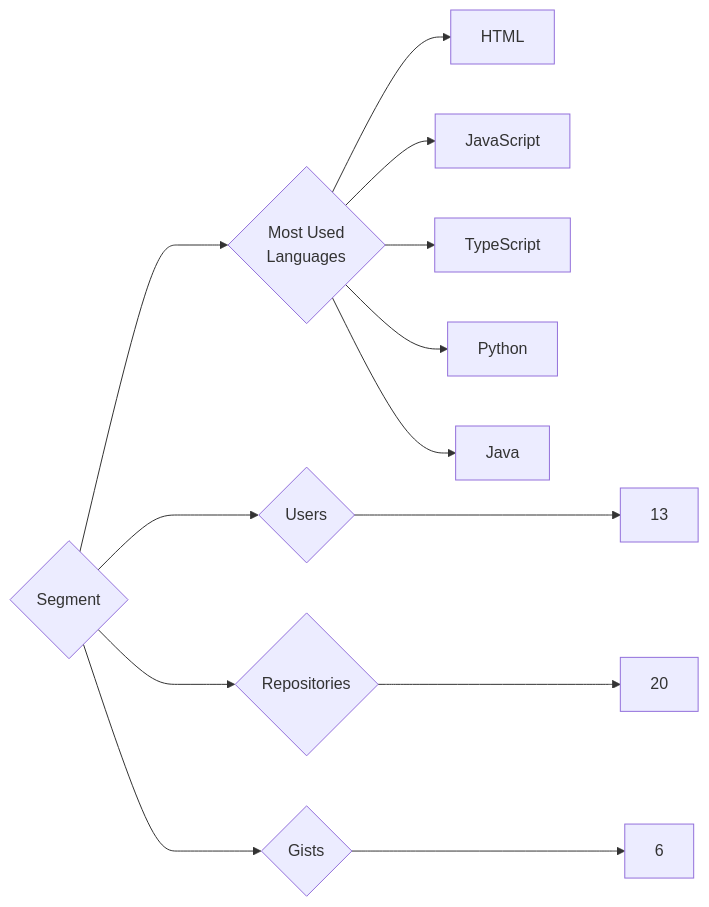
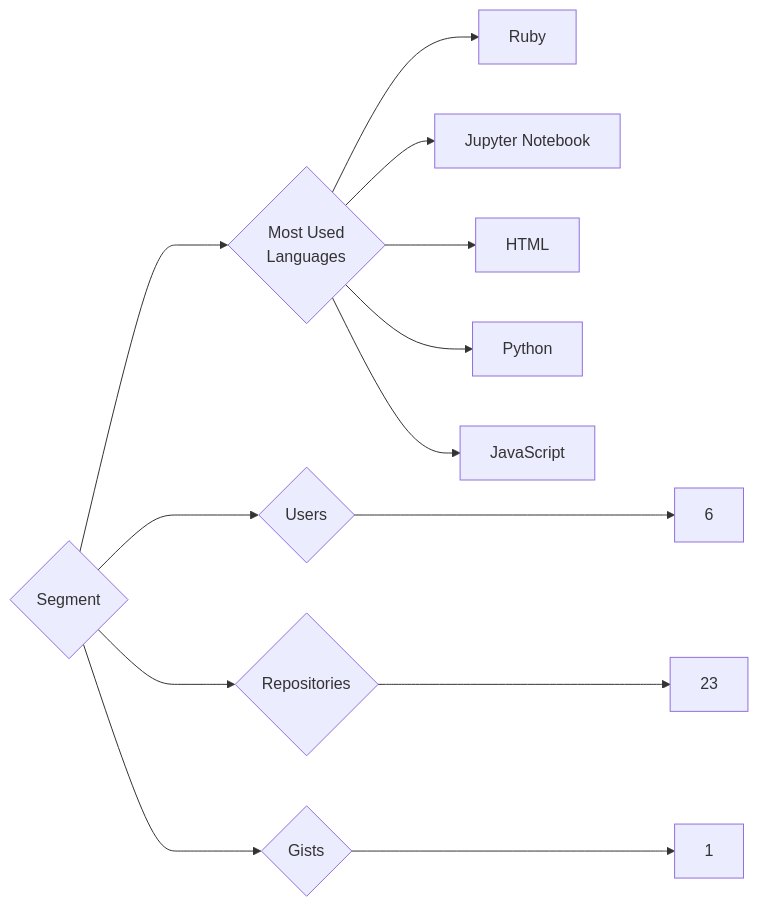
One commit to trickest/insiders changed the diagram in targets/Segment/README.md. Above: the diagram before and after it, drawn with Mermaid. The commit also changed 1011 other files, not shown here.

````diff
--- a/targets/Segment/README.md
+++ b/targets/Segment/README.md
@@ -3,13 +3,13 @@
 ```mermaid
 graph LR
 COMPANY_NAME{Segment}
-COMPANY_NAME ---> U{Users} ---> UN[13]
-COMPANY_NAME ---> R{Repositories} ---> RN[20]
-COMPANY_NAME ---> G{Gists} ---> GN[6]
+COMPANY_NAME ---> U{Users} ---> UN[6]
+COMPANY_NAME ---> R{Repositories} ---> RN[23]
+COMPANY_NAME ---> G{Gists} ---> GN[1]
 COMPANY_NAME ---> ML{Most Used<br>Languages}
+ML --> Ruby[Ruby]
+ML --> Jupyter_Notebook[Jupyter Notebook]
 ML --> HTML[HTML]
+ML --> Python[Python]
 ML --> JavaScript[JavaScript]
-ML --> TypeScript[TypeScript]
-ML --> Python[Python]
-ML --> Java[Java]
 ```
````
